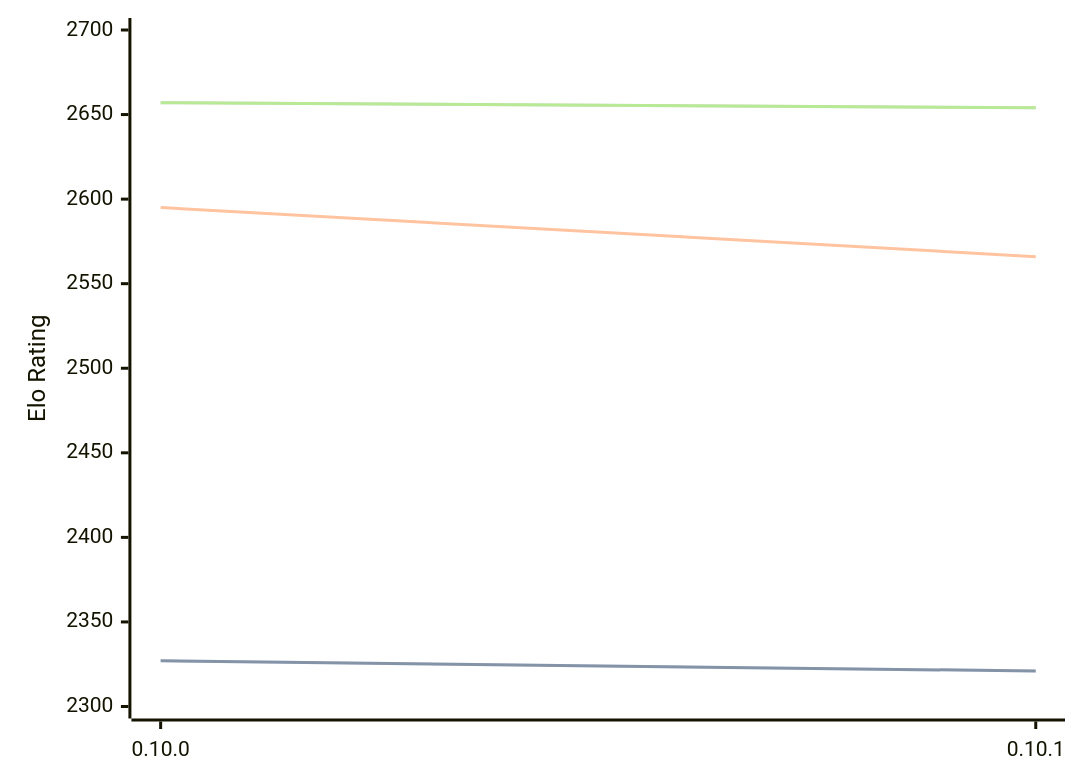
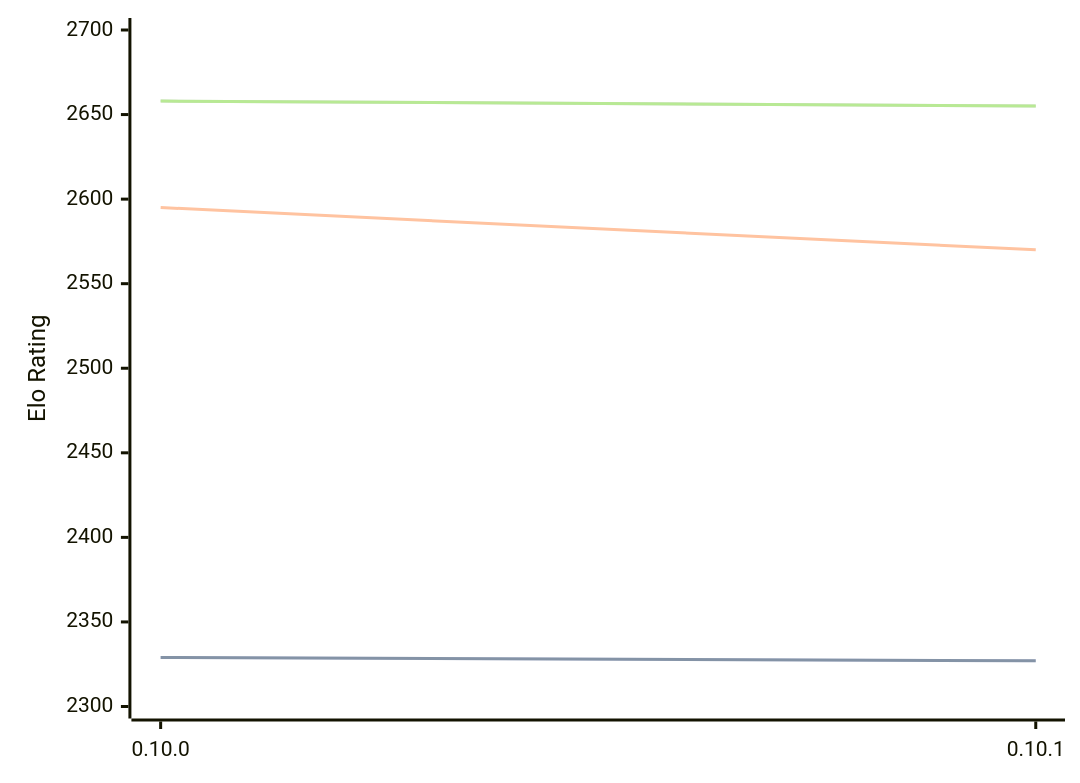
The diagram in engines/Fatalii.md (computer-chess-index/cci), drawn with Mermaid before and after one commit. The commit also changed other lines of this file, not shown here.

Commit message:
Update CCI Ratings (ELO VLTC) - 2026-05-17

````diff
--- a/engines/Fatalii.md
+++ b/engines/Fatalii.md
@@ -46,11 +46,11 @@
 ```mermaid
 %%{init: {"theme":"base","themeVariables":{"seriesColors:['#a3a3a3','#222221','#faa371']}}}%%
 xychart-beta
   x-axis ["0.10.0", "0.10.1"]
   y-axis "Elo Rating" 2300 --> 2700
-  line "STC (8.0+0.08s)" [2327, 2321]
-  line "STC (8.0+0.08s)" [2327, 2321]
-  line "LTC (60.0+0.60s)" [2595, 2566]
-  line "VLTC (2m24s+1.12s)" [2657, 2654]
-  line "VLTC (2m24s+1.12s)" [2657, 2654]
+  line "STC (8.0+0.08s)" [2329, 2327]
+  line "STC (8.0+0.08s)" [2329, 2327]
+  line "LTC (60.0+0.60s)" [2595, 2570]
+  line "VLTC (2m24s+1.12s)" [2658, 2655]
+  line "VLTC (2m24s+1.12s)" [2658, 2655]
 ```
````
